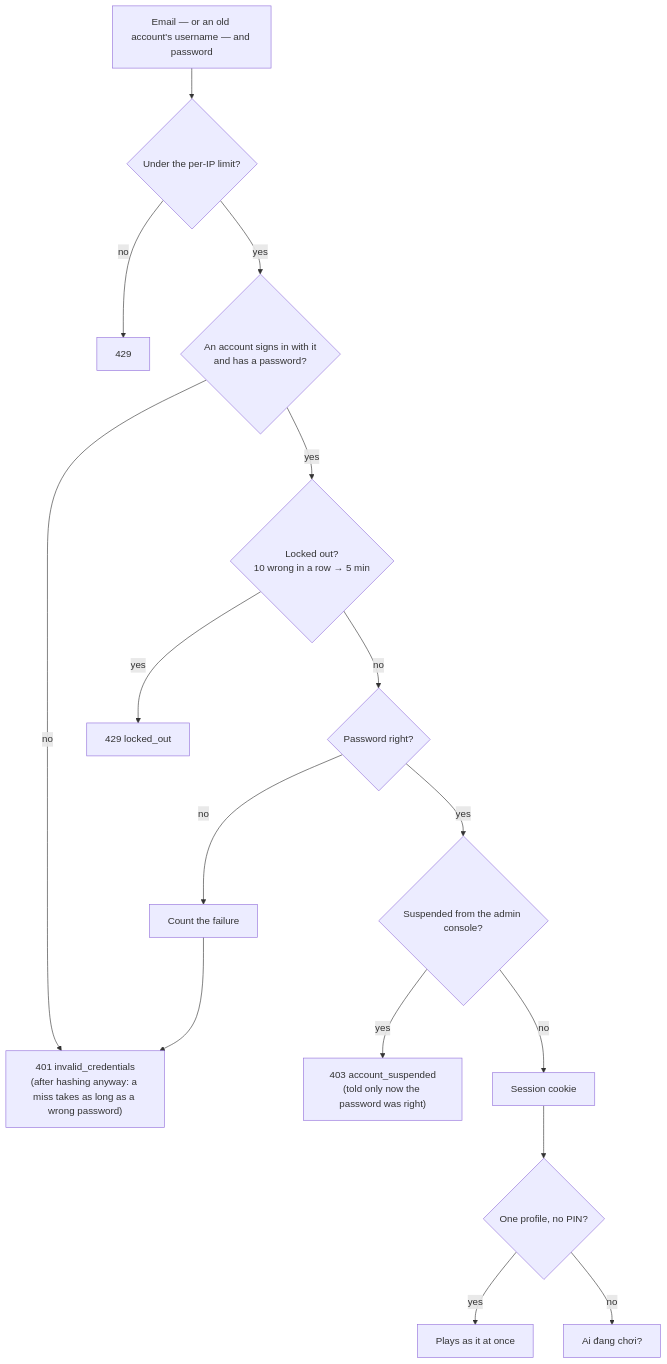
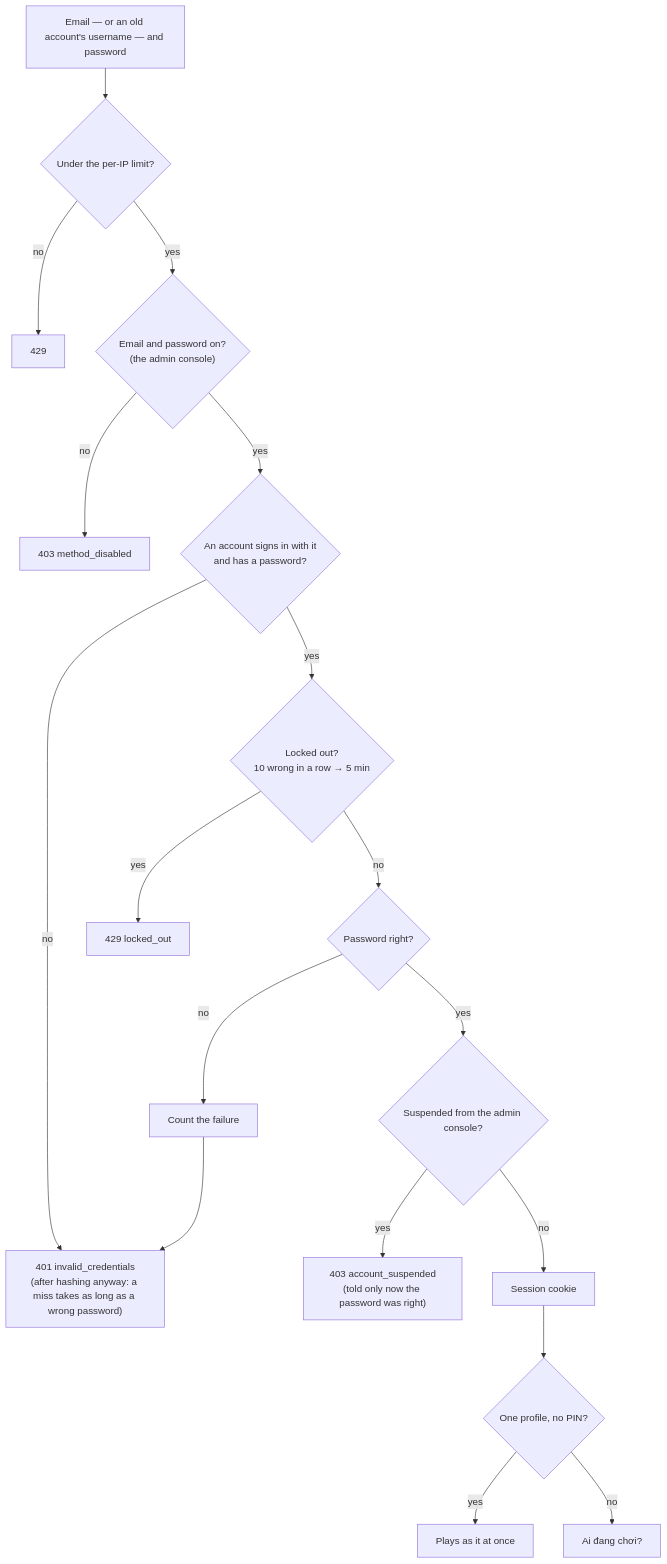
The fourth of 11 diagrams in docs/architecture/identity.md (vinh466/tohe-play), drawn with Mermaid before and after one commit. The commit also changed other lines of this file and 7 other files, not shown here.

````diff
--- a/docs/architecture/identity.md
+++ b/docs/architecture/identity.md
@@ -140,17 +196,19 @@
 ```mermaid
 flowchart TD
   start["Email — or an old account's username — and password"] --> rl{"Under the per-IP limit?"}
   rl -- no --> slow["429"]
-  rl -- yes --> find{"An account signs in with it<br/>and has a password?"}
+  rl -- yes --> on{"Email and password on?<br/>(the admin console)"}
+  on -- no --> off["403 method_disabled"]
+  on -- yes --> find{"An account signs in with it<br/>and has a password?"}
   find -- no --> miss["401 invalid_credentials<br/>(after hashing anyway: a miss takes as long as a wrong password)"]
   find -- yes --> lock{"Locked out?<br/>10 wrong in a row → 5 min"}
   lock -- yes --> locked["429 locked_out"]
   lock -- no --> right{"Password right?"}
   right -- no --> fail["Count the failure"] --> miss
   right -- yes --> suspended{"Suspended from the admin console?"}
   suspended -- yes --> refused["403 account_suspended<br/>(told only now the password was right)"]
   suspended -- no --> session["Session cookie"]
   session --> only{"One profile, no PIN?"}
   only -- yes --> play["Plays as it at once"]
   only -- no --> picker["Ai đang chơi?"]
 ```
````
